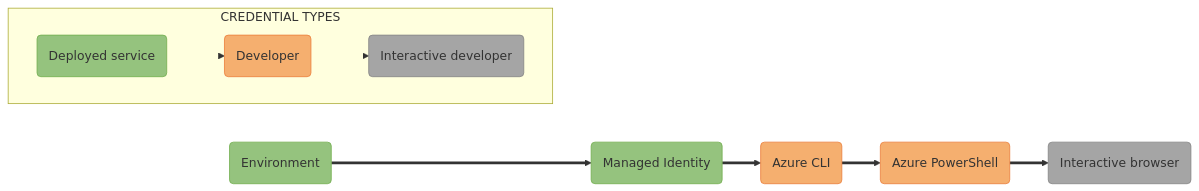
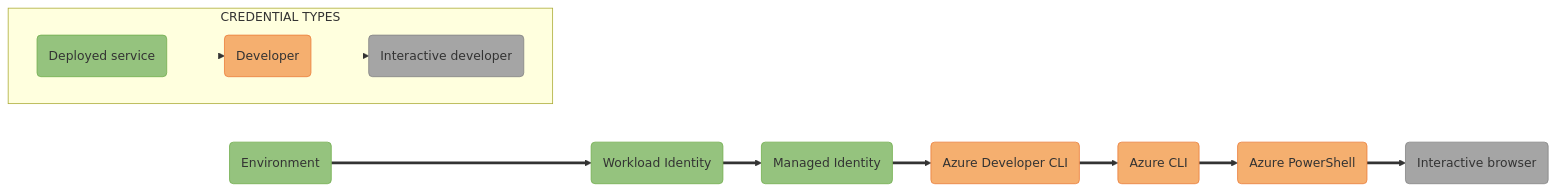
Before and after one commit to Azure/azure-sdk-for-python: the diagram in sdk/identity/azure-identity/images/mermaidjs/DefaultAzureCredentialAuthFlow.md, drawn with Mermaid. The commit also changed 15 other files, not shown here.

First line of the commit message:
Added `WorkloadIdentityCredential` (#28536)

````diff
--- a/sdk/identity/azure-identity/images/mermaidjs/DefaultAzureCredentialAuthFlow.md
+++ b/sdk/identity/azure-identity/images/mermaidjs/DefaultAzureCredentialAuthFlow.md
@@ -1,30 +1,30 @@
 ```mermaid
 %% STEPS TO GENERATE IMAGE
 %% =======================
 %% 1. Install mermaid CLI (see https://github.com/mermaid-js/mermaid-cli/blob/master/README.md)
 %% 2. Run command: mmdc -i DefaultAzureCredentialAuthFlow.md -o DefaultAzureCredentialAuthFlow.svg
 
 flowchart LR;
-    A(Environment):::deployed ==> B(Managed Identity):::deployed ==> C(Azure CLI):::developer ==> D(Azure PowerShell):::developer ==> E(Interactive browser):::interactive;
+    A(Environment):::deployed ==> B(Workload Identity):::deployed ==> C(Managed Identity):::deployed ==> D(Azure Developer CLI):::developer ==> E(Azure CLI):::developer ==> F(Azure PowerShell):::developer ==> G(Interactive browser):::interactive;
 
     subgraph CREDENTIAL TYPES;
         direction LR;
         Deployed(Deployed service):::deployed ==> Developer(Developer):::developer ==> Interactive(Interactive developer):::interactive;
 
         %% Hide links between boxes in the legend by setting width to 0. The integers after "linkStyle" represent link indices.
-        linkStyle 4 stroke-width:0px;
-        linkStyle 5 stroke-width:0px;
+        linkStyle 6 stroke-width:0px;
+        linkStyle 7 stroke-width:0px;
     end;
 
     %% Define styles for credential type boxes
     classDef deployed fill:#95C37E, stroke:#71AD4C;
     classDef developer fill:#F5AF6F, stroke:#EB7C39;
     classDef interactive fill:#A5A5A5, stroke:#828282;
 
     %% Add API ref links to credential type boxes
-    click A "https://docs.microsoft.com/python/api/azure-identity/azure.identity.environmentcredential?view=azure-python" _blank;
-    click B "https://docs.microsoft.com/python/api/azure-identity/azure.identity.managedidentitycredential?view=azure-python" _blank;
-    click C "https://docs.microsoft.com/python/api/azure-identity/azure.identity.azureclicredential?view=azure-python" _blank;
-    click D "https://docs.microsoft.com/python/api/azure-identity/azure.identity.azurepowershellcredential?view=azure-python" _blank;
-    click E "https://docs.microsoft.com/python/api/azure-identity/azure.identity.interactivebrowsercredential?view=azure-python" _blank;
+    click A "https://learn.microsoft.com/python/api/azure-identity/azure.identity.environmentcredential?view=azure-python" _blank;
+    click C "https://learn.microsoft.com/python/api/azure-identity/azure.identity.managedidentitycredential?view=azure-python" _blank;
+    click E "https://learn.microsoft.com/python/api/azure-identity/azure.identity.azureclicredential?view=azure-python" _blank;
+    click F "https://learn.microsoft.com/python/api/azure-identity/azure.identity.azurepowershellcredential?view=azure-python" _blank;
+    click G "https://learn.microsoft.com/python/api/azure-identity/azure.identity.interactivebrowsercredential?view=azure-python" _blank;
 ```
````
